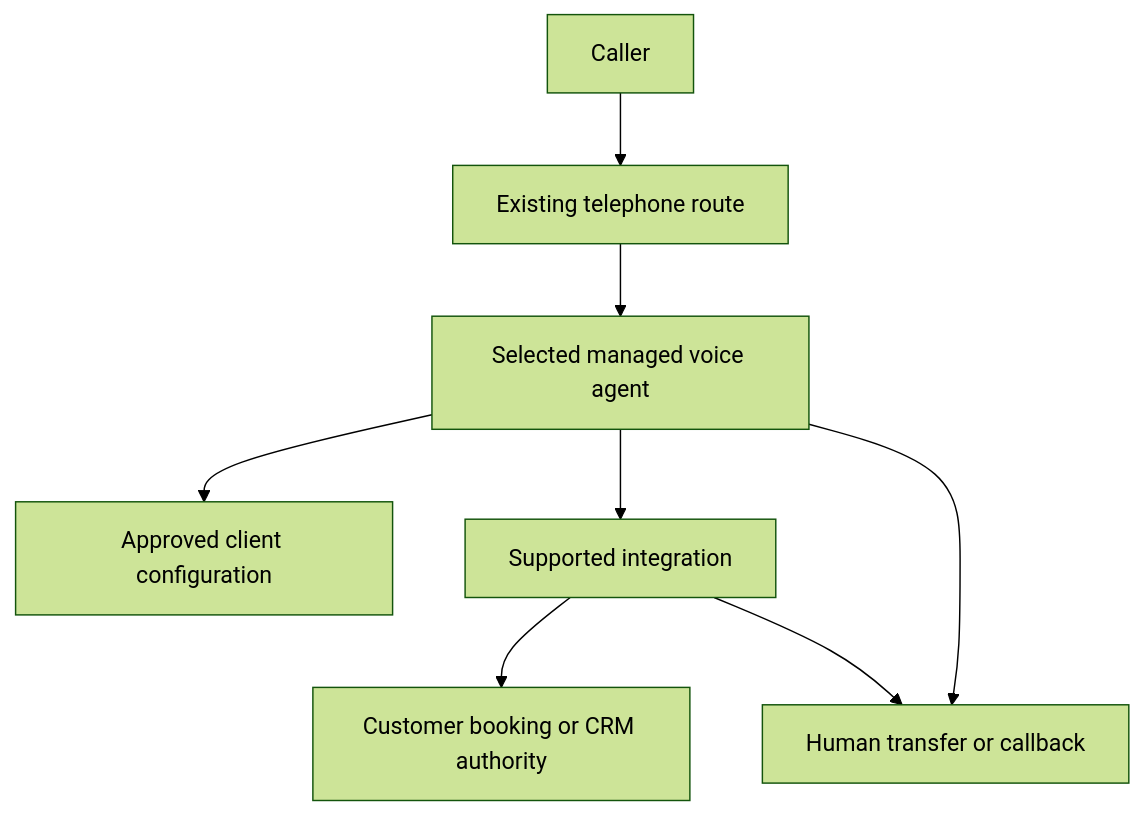
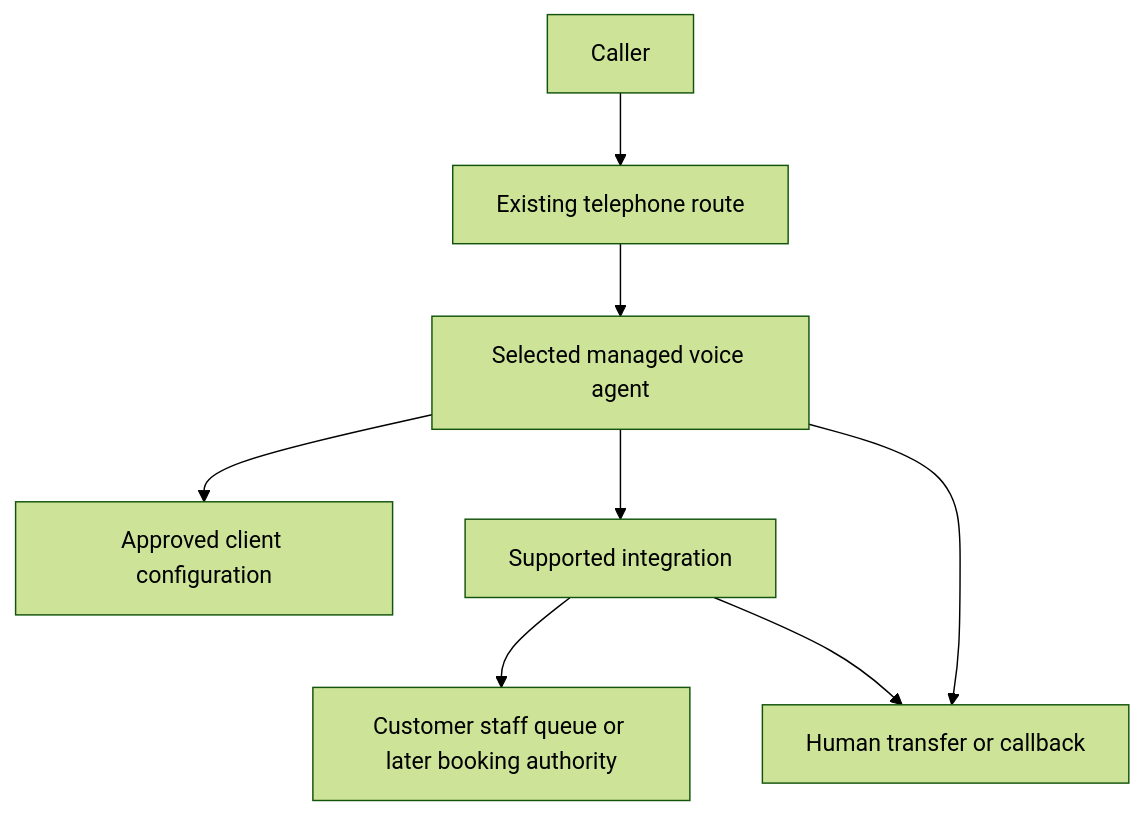
One commit to isudally/takaven-ai-receptionist changed the diagram in docs/ARCHITECTURE.md. Above: the diagram before and after it, drawn with Mermaid (forest theme). The commit also changed other lines of this file and 11 other files, not shown here.

````diff
--- a/docs/ARCHITECTURE.md
+++ b/docs/ARCHITECTURE.md
@@ -9,10 +9,10 @@
 ```mermaid
 flowchart TD
   C["Caller"] --> T["Existing telephone route"]
   T --> V["Selected managed voice agent"]
   V --> K["Approved client configuration"]
   V --> I["Supported integration"]
-  I --> B["Customer booking or CRM authority"]
+  I --> B["Customer staff queue or later booking authority"]
   V --> H["Human transfer or callback"]
   I --> H
 ```
````
